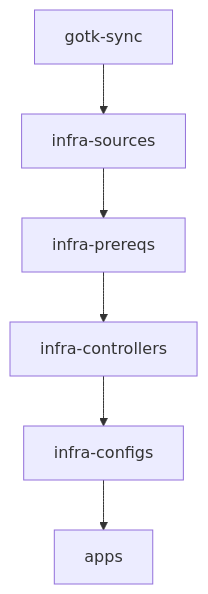
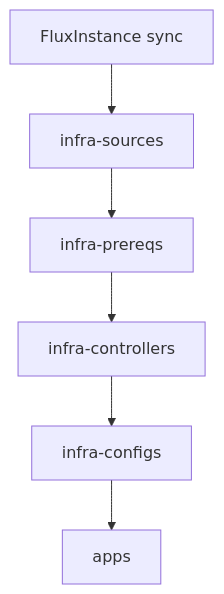
One commit to damoun/fleet-infra changed the diagram in AGENTS.md. Above: the diagram before and after it, drawn with Mermaid. The commit also changed other lines of this file, not shown here.

Commit message:
docs: AGENTS.md reflects Flux Operator owning the sync

````diff
--- a/AGENTS.md
+++ b/AGENTS.md
@@ -130,8 +129,8 @@
 ```mermaid
 flowchart TD
-    Sync[gotk-sync] --> Sources[infra-sources]
+    Sync[FluxInstance sync] --> Sources[infra-sources]
     Sources --> Prereqs[infra-prereqs]
     Prereqs --> Controllers[infra-controllers]
     Controllers --> Configs[infra-configs]
     Configs --> Apps[apps]
 ```
````
